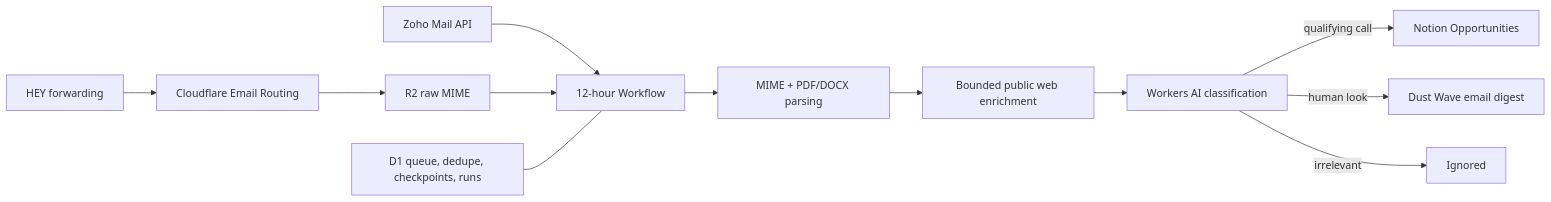
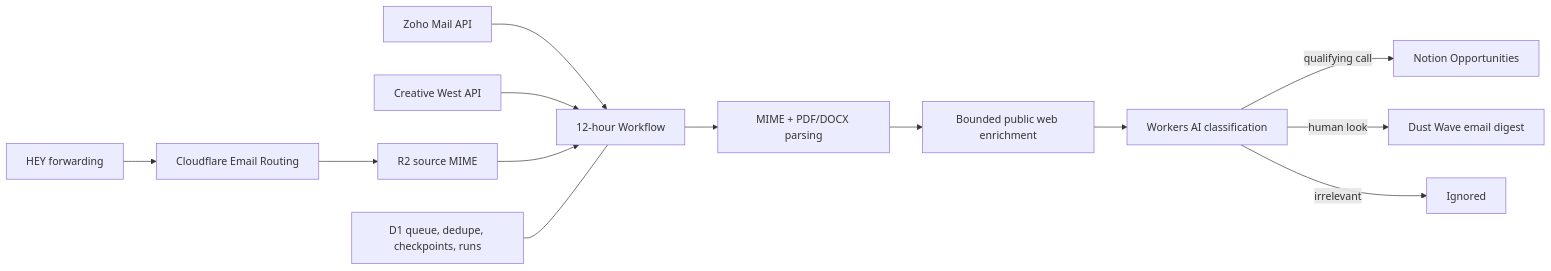
One commit to aindaco1/dust-wave-opportunity-radar changed the diagram in README.md. Above: the diagram before and after it, drawn with Mermaid. The commit also changed other lines of this file and 34 other files, not shown here.

Commit message:
Add Creative West opportunity ingestion

````diff
--- a/README.md
+++ b/README.md
@@ -18,14 +19,15 @@
 ```mermaid
 flowchart LR
   HEY["HEY forwarding"] --> Email["Cloudflare Email Routing"]
   Zoho["Zoho Mail API"] --> Workflow["12-hour Workflow"]
-  Email --> R2["R2 raw MIME"]
+  CreativeWest["Creative West API"] --> Workflow
+  Email --> R2["R2 source MIME"]
   R2 --> Workflow
   Workflow --> Parse["MIME + PDF/DOCX parsing"]
   Parse --> Web["Bounded public web enrichment"]
   Web --> AI["Workers AI classification"]
   AI -->|"qualifying call"| Notion["Notion Opportunities"]
   AI -->|"human look"| Digest["Dust Wave email digest"]
   AI -->|"irrelevant"| Ignore["Ignored"]
   D1["D1 queue, dedupe, checkpoints, runs"] --- Workflow
 ```
````
